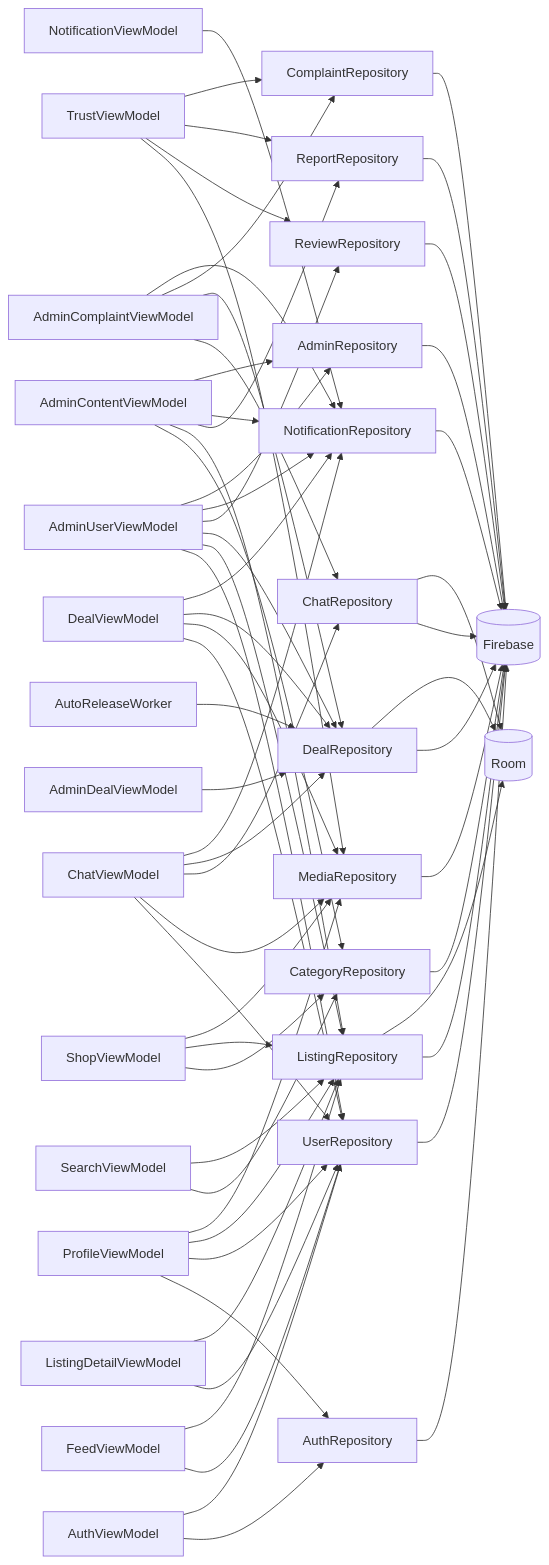
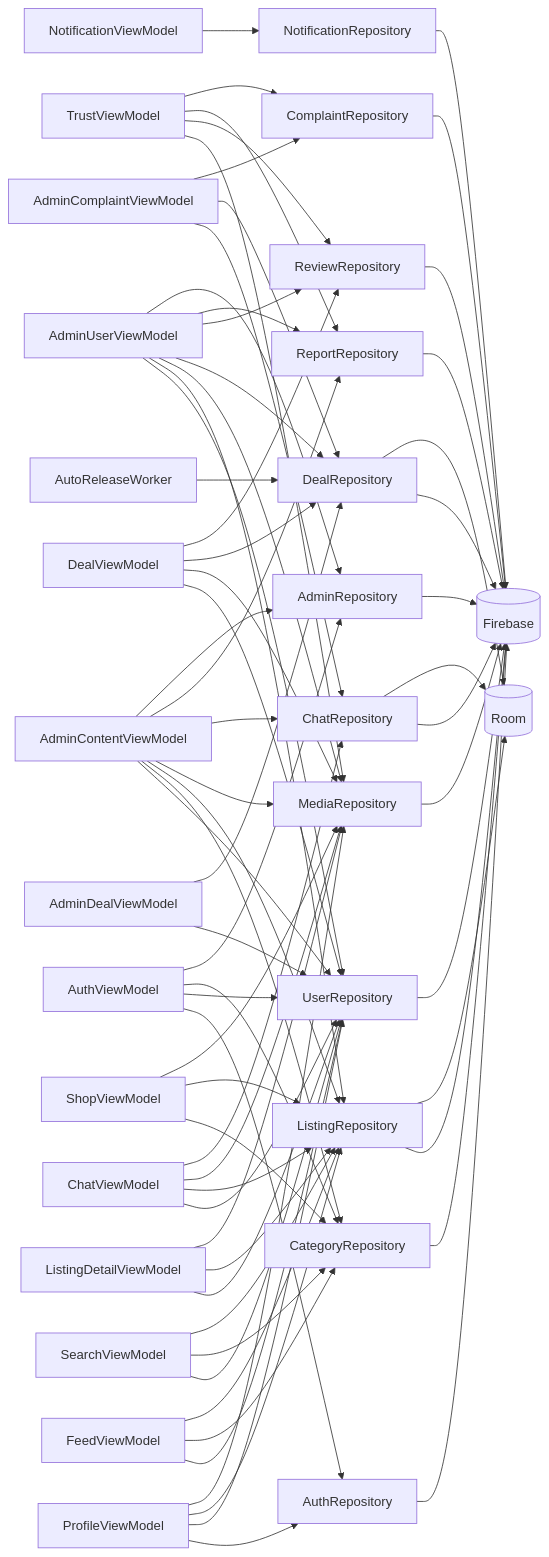
One commit to tahpnart8/NHOM3-MobileApp changed the diagram in workflow/docs/architecture/thanh-phan.md. Above: the diagram before and after it, drawn with Mermaid. The commit also changed other lines of this file and 190 other files, not shown here.

````diff
--- a/workflow/docs/architecture/thanh-phan.md
+++ b/workflow/docs/architecture/thanh-phan.md
@@ -64,64 +64,71 @@
 ```mermaid
 flowchart LR
     AuthViewModel --> AuthRepository
     AuthViewModel --> UserRepository
+    AuthViewModel --> CategoryRepository
+    AuthViewModel --> AdminRepository
     ProfileViewModel --> AuthRepository
     ProfileViewModel --> UserRepository
     ProfileViewModel --> ListingRepository
     ProfileViewModel --> MediaRepository
     ShopViewModel --> CategoryRepository
     ShopViewModel --> ListingRepository
     ShopViewModel --> MediaRepository
     FeedViewModel --> UserRepository
+    FeedViewModel --> CategoryRepository
     FeedViewModel --> ListingRepository
+    SearchViewModel --> UserRepository
     SearchViewModel --> CategoryRepository
     SearchViewModel --> ListingRepository
     ListingDetailViewModel --> UserRepository
     ListingDetailViewModel --> ListingRepository
+    ListingDetailViewModel --> MediaRepository
     ChatViewModel --> UserRepository
+    ChatViewModel --> ListingRepository
     ChatViewModel --> MediaRepository
     ChatViewModel --> ChatRepository
-    ChatViewModel --> DealRepository
-    ChatViewModel --> NotificationRepository
     DealViewModel --> UserRepository
     DealViewModel --> MediaRepository
     DealViewModel --> DealRepository
-    DealViewModel --> NotificationRepository
+    DealViewModel --> ReviewRepository
     TrustViewModel --> MediaRepository
     TrustViewModel --> ReviewRepository
     TrustViewModel --> ReportRepository
     TrustViewModel --> ComplaintRepository
     NotificationViewModel --> NotificationRepository
     AdminUserViewModel --> UserRepository
     AdminUserViewModel --> ListingRepository
+    AdminUserViewModel --> MediaRepository
     AdminUserViewModel --> DealRepository
     AdminUserViewModel --> ReviewRepository
-    AdminUserViewModel --> NotificationRepository
+    AdminUserViewModel --> ReportRepository
     AdminUserViewModel --> AdminRepository
+    AdminContentViewModel --> UserRepository
     AdminContentViewModel --> CategoryRepository
     AdminContentViewModel --> ListingRepository
+    AdminContentViewModel --> MediaRepository
+    AdminContentViewModel --> ChatRepository
     AdminContentViewModel --> ReportRepository
-    AdminContentViewModel --> NotificationRepository
     AdminContentViewModel --> AdminRepository
+    AdminDealViewModel --> UserRepository
     AdminDealViewModel --> DealRepository
     AdminComplaintViewModel --> ChatRepository
     AdminComplaintViewModel --> DealRepository
     AdminComplaintViewModel --> ComplaintRepository
-    AdminComplaintViewModel --> NotificationRepository
     AutoReleaseWorker --> DealRepository
     AuthRepository --> FB[(Firebase)]
     UserRepository --> FB[(Firebase)]
     CategoryRepository --> FB[(Firebase)]
     ListingRepository --> FB[(Firebase)]
     ListingRepository --> RM[(Room)]
     MediaRepository --> FB[(Firebase)]
     ChatRepository --> FB[(Firebase)]
     ChatRepository --> RM[(Room)]
     DealRepository --> FB[(Firebase)]
     DealRepository --> RM[(Room)]
     ReviewRepository --> FB[(Firebase)]
     ReportRepository --> FB[(Firebase)]
     ComplaintRepository --> FB[(Firebase)]
     NotificationRepository --> FB[(Firebase)]
     AdminRepository --> FB[(Firebase)]
 ```
````
